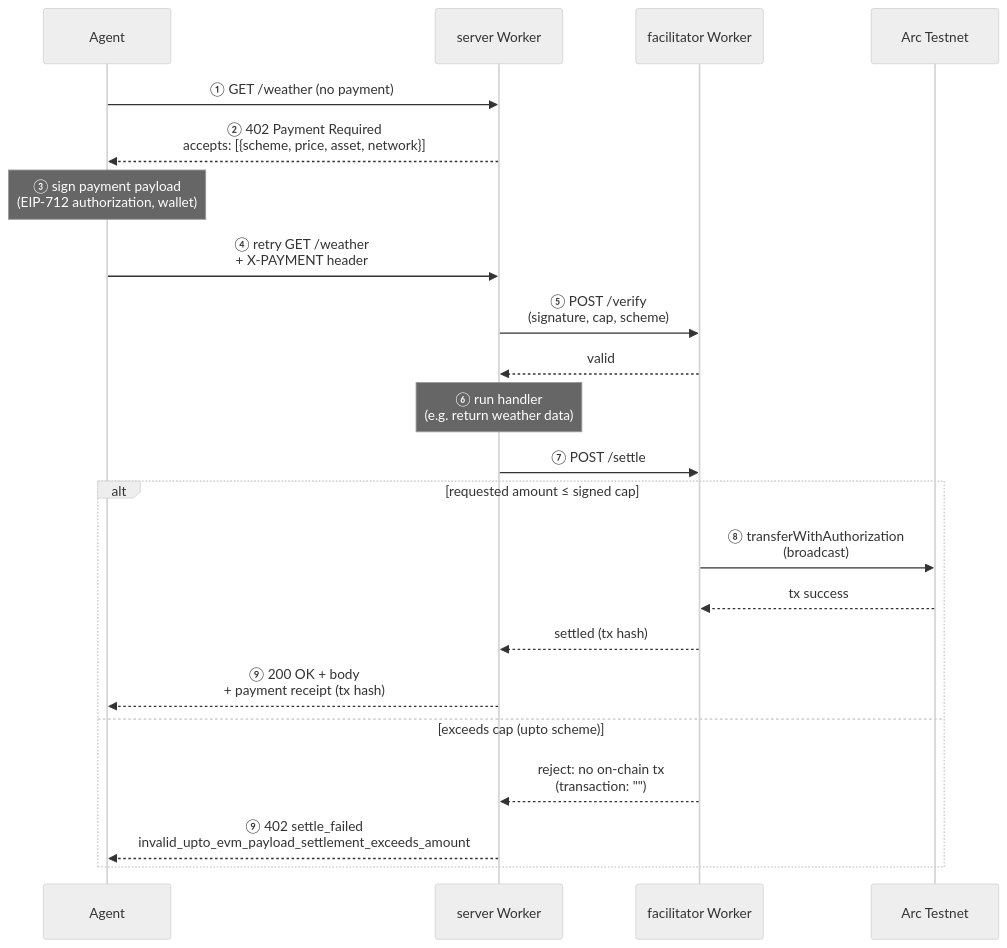
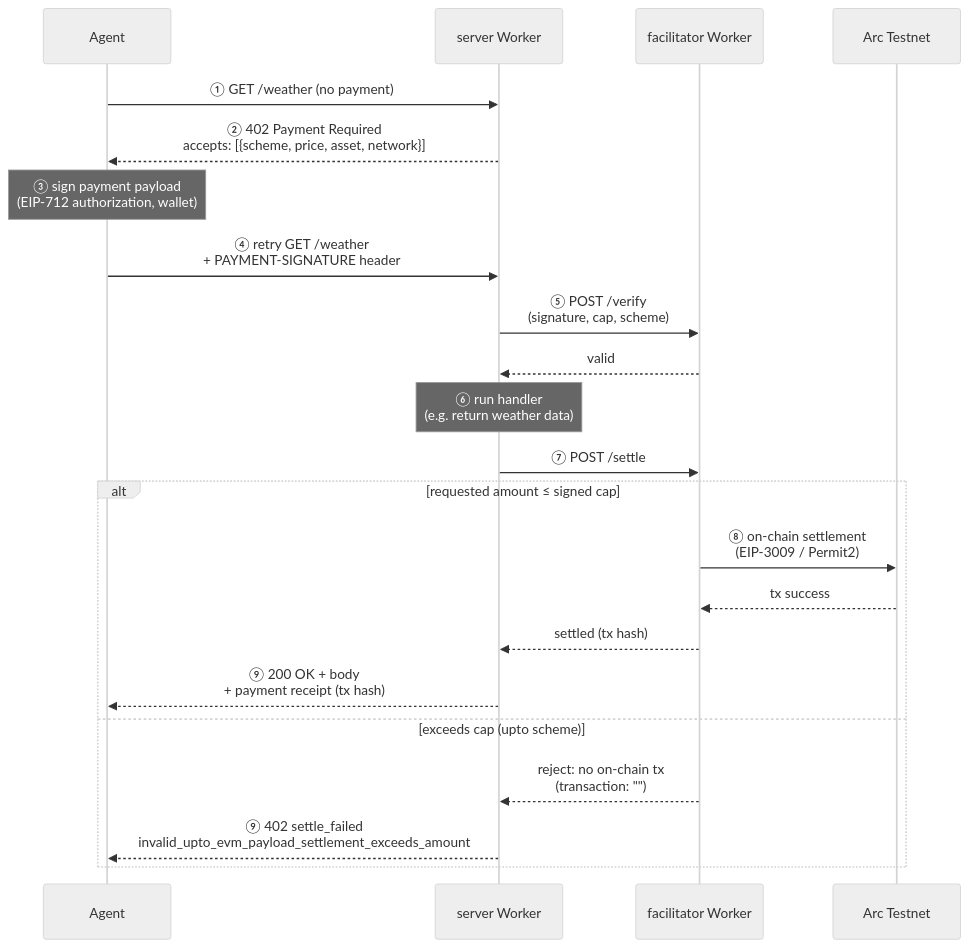
The diagram in README.md (mashharuki/Arc-x402-sample), drawn with Mermaid (neutral theme) before and after one commit. The commit also changed other lines of this file and 6 other files, not shown here.

````diff
--- a/README.md
+++ b/README.md
@@ -21,25 +21,25 @@
 ```mermaid
 sequenceDiagram
     participant Agent
     participant Server as server Worker
     participant Facilitator as facilitator Worker
     participant Chain as Arc Testnet
 
     Agent->>Server: ① GET /weather (no payment)
     Server-->>Agent: ② 402 Payment Required<br/>accepts: [{scheme, price, asset, network}]
     Note over Agent: ③ sign payment payload<br/>(EIP-712 authorization, wallet)
-    Agent->>Server: ④ retry GET /weather<br/>+ X-PAYMENT header
+    Agent->>Server: ④ retry GET /weather<br/>+ PAYMENT-SIGNATURE header
     Server->>Facilitator: ⑤ POST /verify<br/>(signature, cap, scheme)
     Facilitator-->>Server: valid
     Note over Server: ⑥ run handler<br/>(e.g. return weather data)
     Server->>Facilitator: ⑦ POST /settle
     alt requested amount ≤ signed cap
-        Facilitator->>Chain: ⑧ transferWithAuthorization<br/>(broadcast)
+        Facilitator->>Chain: ⑧ on-chain settlement<br/>(EIP-3009 / Permit2)
         Chain-->>Facilitator: tx success
         Facilitator-->>Server: settled (tx hash)
         Server-->>Agent: ⑨ 200 OK + body<br/>+ payment receipt (tx hash)
     else exceeds cap (upto scheme)
         Facilitator-->>Server: reject: no on-chain tx<br/>(transaction: "")
         Server-->>Agent: ⑨ 402 settle_failed<br/>invalid_upto_evm_payload_settlement_exceeds_amount
     end
 ```
````
